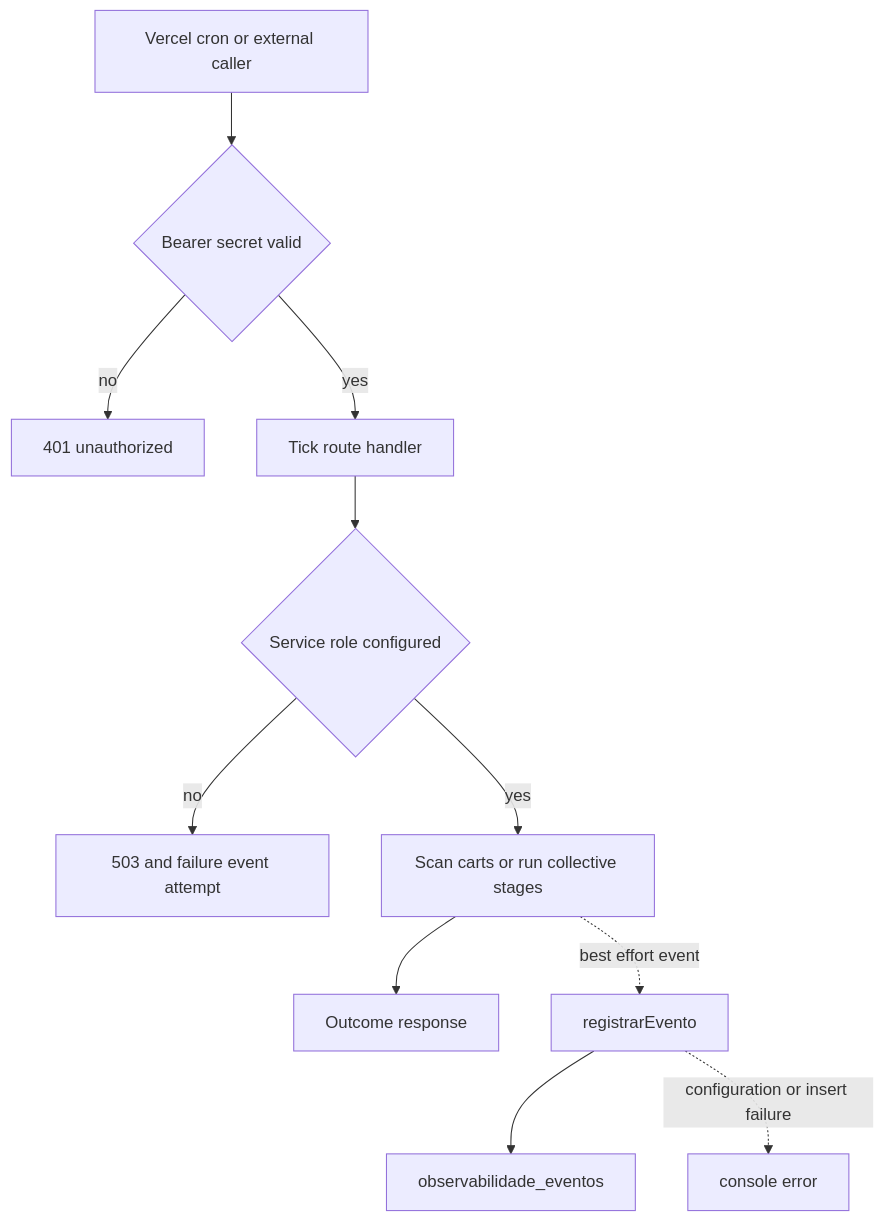
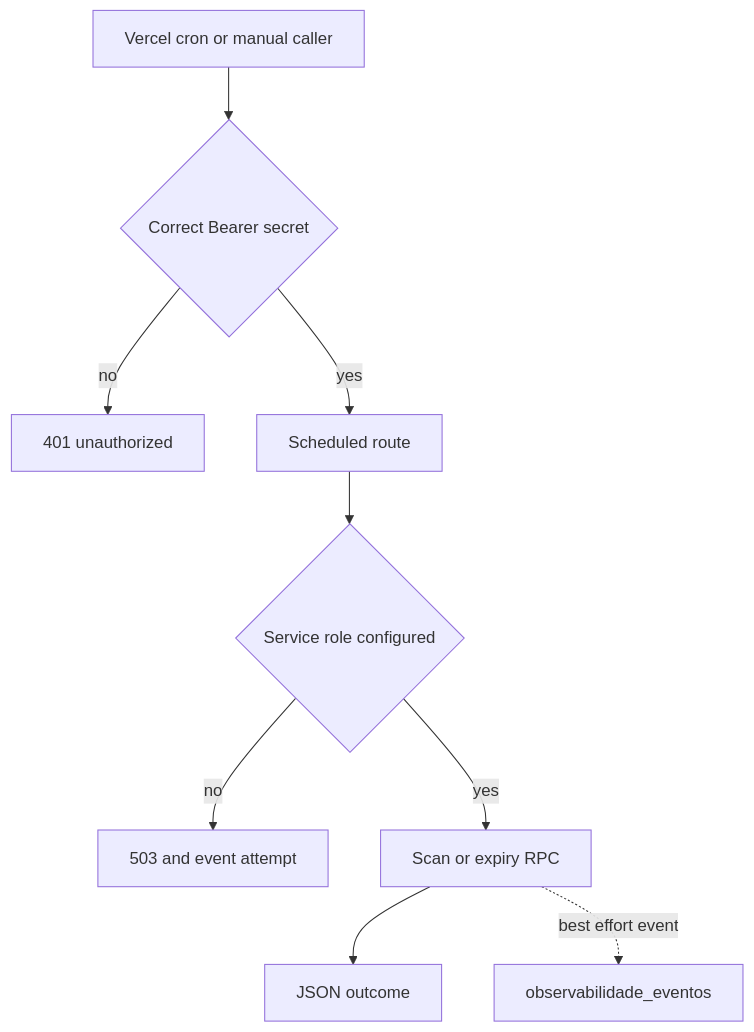
Before and after one commit to Schneider-Gr/industria24hIA: the diagram in openwiki/operations/runtime-configuration-and-observability.md, drawn with Mermaid. The commit also changed other lines of this file and 34 other files, not shown here.

````diff
--- a/openwiki/operations/runtime-configuration-and-observability.md
+++ b/openwiki/operations/runtime-configuration-and-observability.md
@@ -118,13 +141,11 @@
 ```mermaid
 flowchart TD
-  Caller["Vercel cron or external caller"] --> Auth{"Bearer secret valid"}
-  Auth -->|no| Unauthorized["401 unauthorized"]
-  Auth -->|yes| Handler["Tick route handler"]
-  Handler --> Service{"Service role configured"}
-  Service -->|no| Unavailable["503 and failure event attempt"]
-  Service -->|yes| Work["Scan carts or run collective stages"]
-  Work --> Response["Outcome response"]
-  Work -. "best effort event" .-> Writer["registrarEvento"]
-  Writer --> Store["observabilidade_eventos"]
-  Writer -. "configuration or insert failure" .-> LocalLog["console error"]
+  Scheduler["Vercel cron or manual caller"] --> Authorization{"Correct Bearer secret"}
+  Authorization -->|no| Denied["401 unauthorized"]
+  Authorization -->|yes| Handler["Scheduled route"]
+  Handler --> Privilege{"Service role configured"}
+  Privilege -->|no| Missing["503 and event attempt"]
+  Privilege -->|yes| Operation["Scan or expiry RPC"]
+  Operation --> Outcome["JSON outcome"]
+  Operation -. "best effort event" .-> Events["observabilidade_eventos"]
 ```
````
